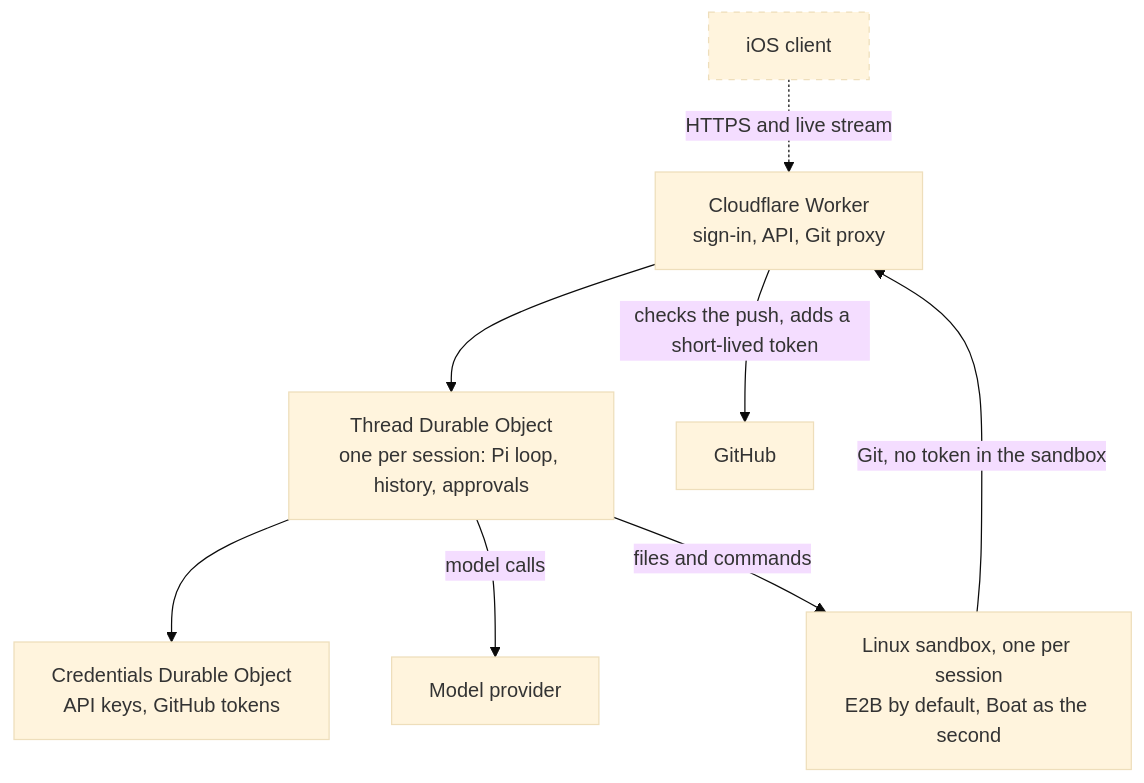
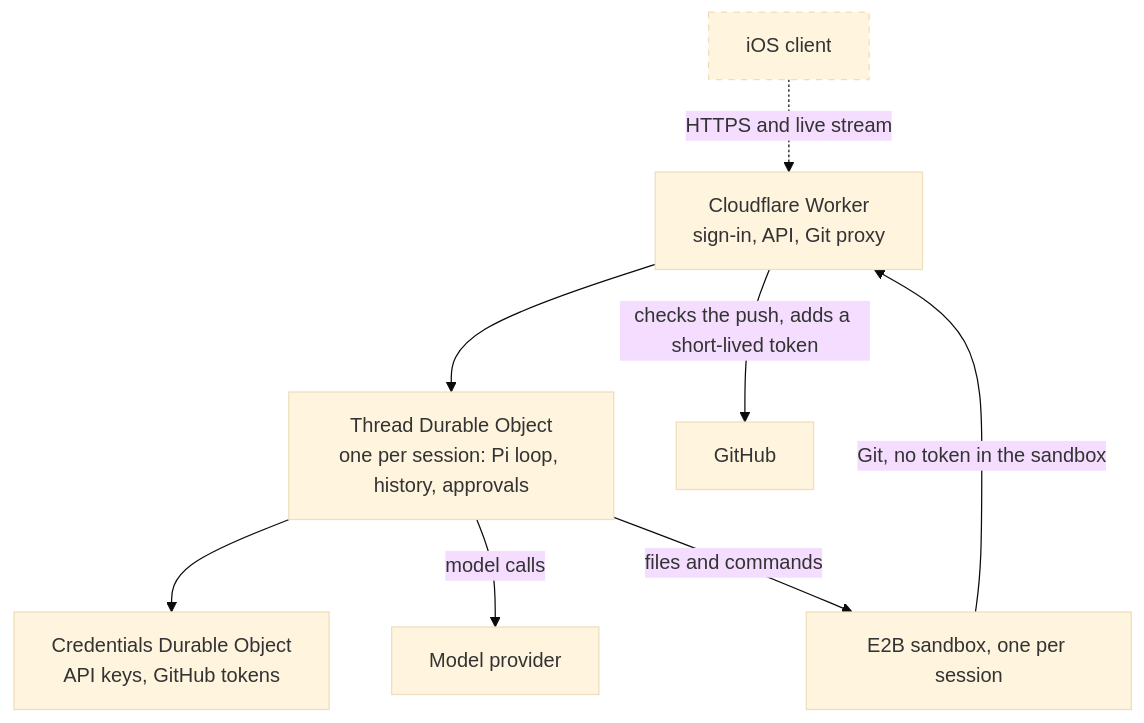
Before and after one commit to sudoanmol/cloud-swe: the diagram in README.md, drawn with Mermaid (base theme). The commit also changed other lines of this file and 9 other files, not shown here.

````diff
--- a/README.md
+++ b/README.md
@@ -13,20 +11,20 @@
 ```mermaid
 flowchart TD
     Client["iOS client"]:::planned
     Worker["Cloudflare Worker<br/>sign-in, API, Git proxy"]
     Thread["Thread Durable Object<br/>one per session: Pi loop, history, approvals"]
     Keys["Credentials Durable Object<br/>API keys, GitHub tokens"]
     Models["Model provider"]
-    Sandbox["Linux sandbox, one per session<br/>E2B by default, Boat as the second"]
+    Sandbox["E2B sandbox, one per session"]
     GitHub["GitHub"]
 
     Client -. "HTTPS and live stream" .-> Worker
     Worker --> Thread
     Thread --> Keys
     Thread -- "model calls" --> Models
     Thread -- "files and commands" --> Sandbox
     Sandbox -- "Git, no token in the sandbox" --> Worker
     Worker -- "checks the push, adds a short-lived token" --> GitHub
 
     classDef planned stroke-dasharray: 5 5
 ```
````
